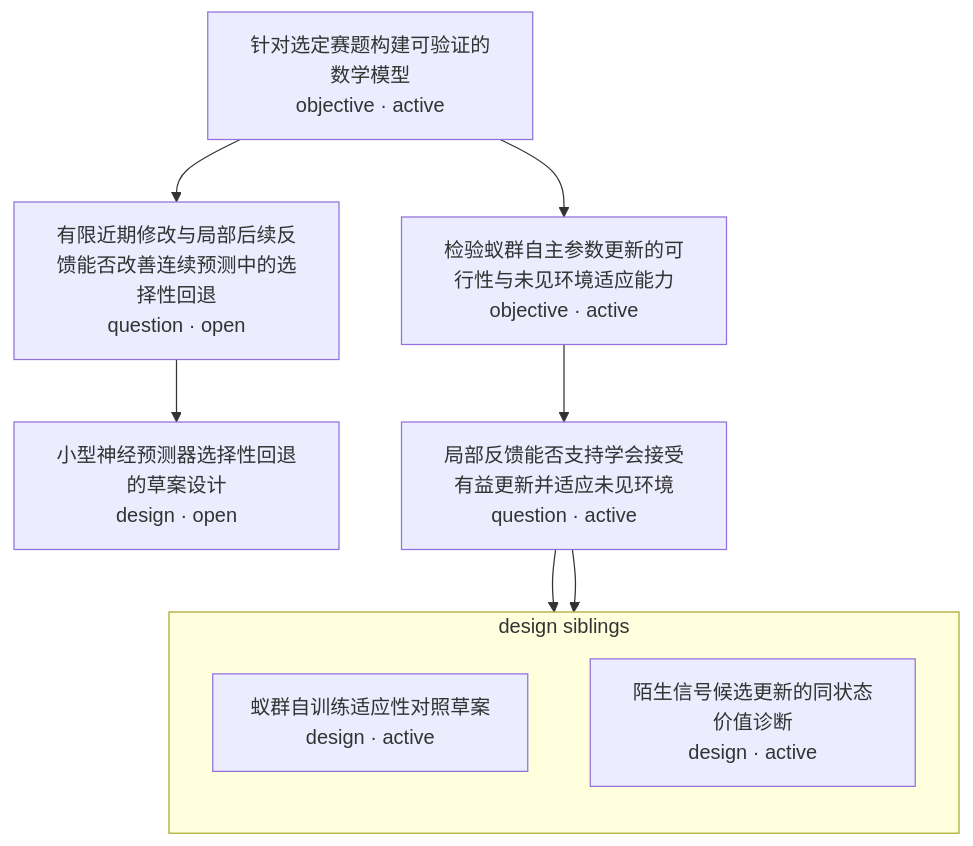
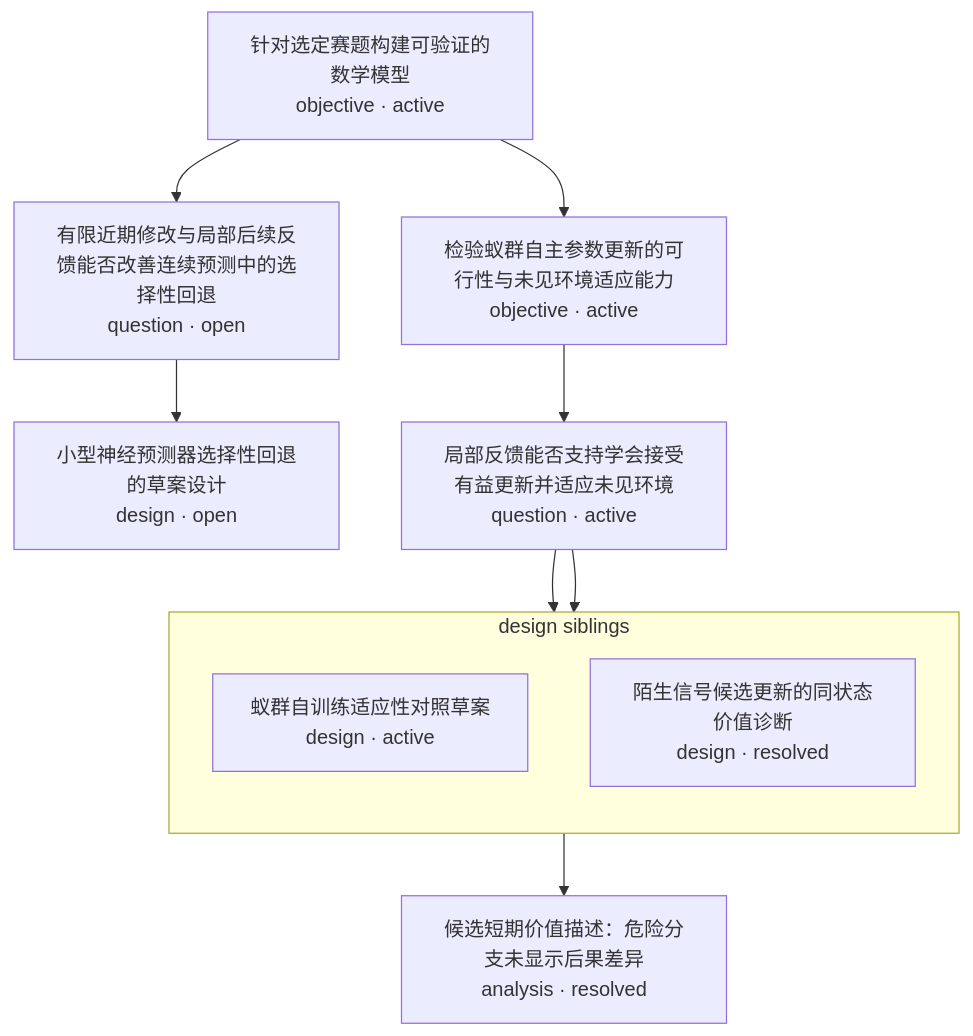
Before and after one commit to Akira-TL/Antomony: the diagram in research-tree/README.md, drawn with Mermaid. The commit also changed other lines of this file and 9 other files, not shown here.

````diff
--- a/research-tree/README.md
+++ b/research-tree/README.md
@@ -5,19 +5,21 @@
 ```mermaid
 flowchart TD
     N1["针对选定赛题构建可验证的数学模型<br/>objective · active"]
     N2["有限近期修改与局部后续反馈能否改善连续预测中的选择性回退<br/>question · open"]
     N3["小型神经预测器选择性回退的草案设计<br/>design · open"]
     N4["检验蚁群自主参数更新的可行性与未见环境适应能力<br/>objective · active"]
     N5["局部反馈能否支持学会接受有益更新并适应未见环境<br/>question · active"]
+    N8["候选短期价值描述：危险分支未显示后果差异<br/>analysis · resolved"]
     subgraph G5_design["design siblings"]
         direction TB
         N6["蚁群自训练适应性对照草案<br/>design · active"]
-        N7["陌生信号候选更新的同状态价值诊断<br/>design · active"]
+        N7["陌生信号候选更新的同状态价值诊断<br/>design · resolved"]
     end
     N1 --> N2
     N2 --> N3
     N1 --> N4
     N4 --> N5
     N5 --> N6
     N5 --> N7
+    N7 --> N8
 ```
````
